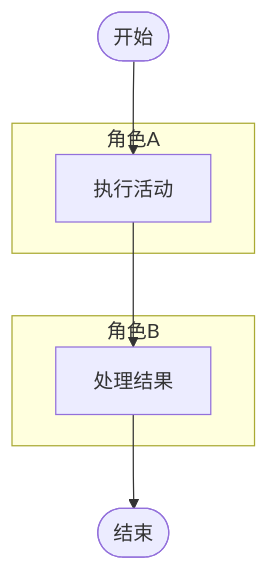
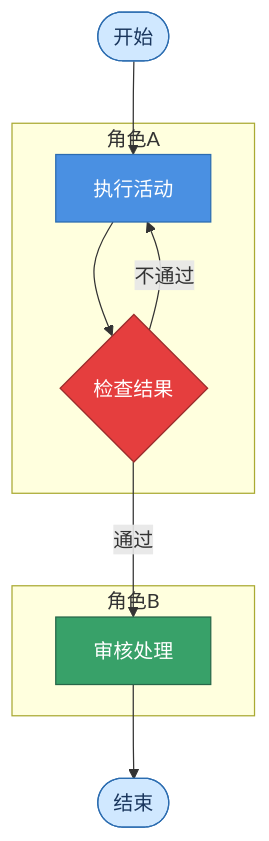
One commit to zhang1003533565/AgentA3 changed the diagram in ai-servers/app/multi_agents/diagram_activity_agent/prompt.md. Above: the diagram before and after it, drawn with Mermaid. The commit also changed other lines of this file and 14 other files, not shown here.

Commit message:
活动图流程图智能体以及提示词的修改

````diff
--- a/ai-servers/app/multi_agents/diagram_activity_agent/prompt.md
+++ b/ai-servers/app/multi_agents/diagram_activity_agent/prompt.md
@@ -14,11 +18,28 @@
 ```mermaid
 flowchart TD
   Start([开始])
   subgraph 角色A
     A1[执行活动]
+    A2{检查结果}
   end
   subgraph 角色B
-    B1[处理结果]
+    B1[审核处理]
   end
-  Start --> A1 --> B1 --> End([结束])
+  End([结束])
+
+  Start --> A1
+  A1 --> A2
+  A2 -->|通过| B1
+  A2 -->|不通过| A1
+  B1 --> End
+
+  classDef startEnd fill:#D0E8FF,stroke:#2B6CB0,color:#1A365D
+  classDef roleA fill:#4A90E2,stroke:#2B6CB0,color:#fff
+  classDef roleARed fill:#E53E3E,stroke:#9B2C2C,color:#fff
+  classDef roleB fill:#38A169,stroke:#276749,color:#fff
+
+  class Start,End startEnd
+  class A1 roleA
+  class A2 roleARed
+  class B1 roleB
 ```
````
